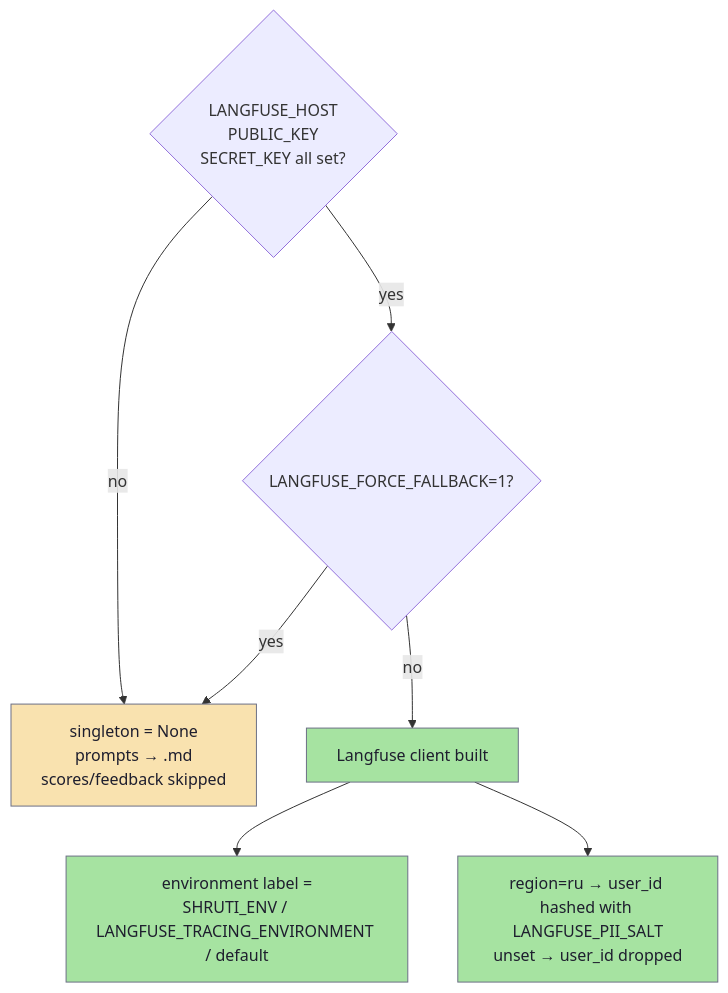
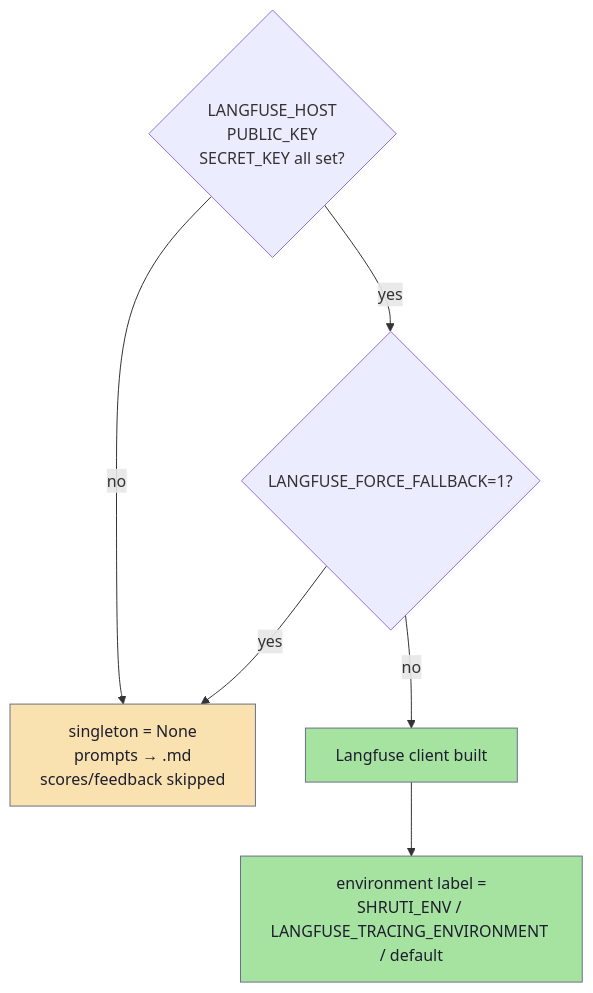
One commit to jiva-studio/shruti changed the second of 2 diagrams in docs/repos/shruti/architecture/observability.md. Above: the diagram before and after it, drawn with Mermaid. The commit also changed other lines of this file and 26 other files, not shown here.

First line of the commit message:
chore(chat): remove the X-Shruti-Region PII gate

````diff
--- a/docs/repos/shruti/architecture/observability.md
+++ b/docs/repos/shruti/architecture/observability.md
@@ -96,14 +106,13 @@
 ```mermaid
 flowchart TD
     H{LANGFUSE_HOST<br/>PUBLIC_KEY<br/>SECRET_KEY all set?} -->|no| FB[singleton = None<br/>prompts → .md<br/>scores/feedback skipped]
     FF{LANGFUSE_FORCE_FALLBACK=1?} -->|yes| FB
     H -->|yes| FF
     FF -->|no| LF[Langfuse client built]
     LF --> ENV[environment label =<br/>SHRUTI_ENV / LANGFUSE_TRACING_ENVIRONMENT / default]
-    LF --> PII[region=ru → user_id hashed with LANGFUSE_PII_SALT<br/>unset → user_id dropped]
 
     classDef on fill:#a6e3a1,stroke:#6c7086,color:#1e1e2e;
     classDef off fill:#f9e2af,stroke:#6c7086,color:#1e1e2e;
-    class LF,ENV,PII on;
+    class LF,ENV on;
     class FB off;
 ```
````
